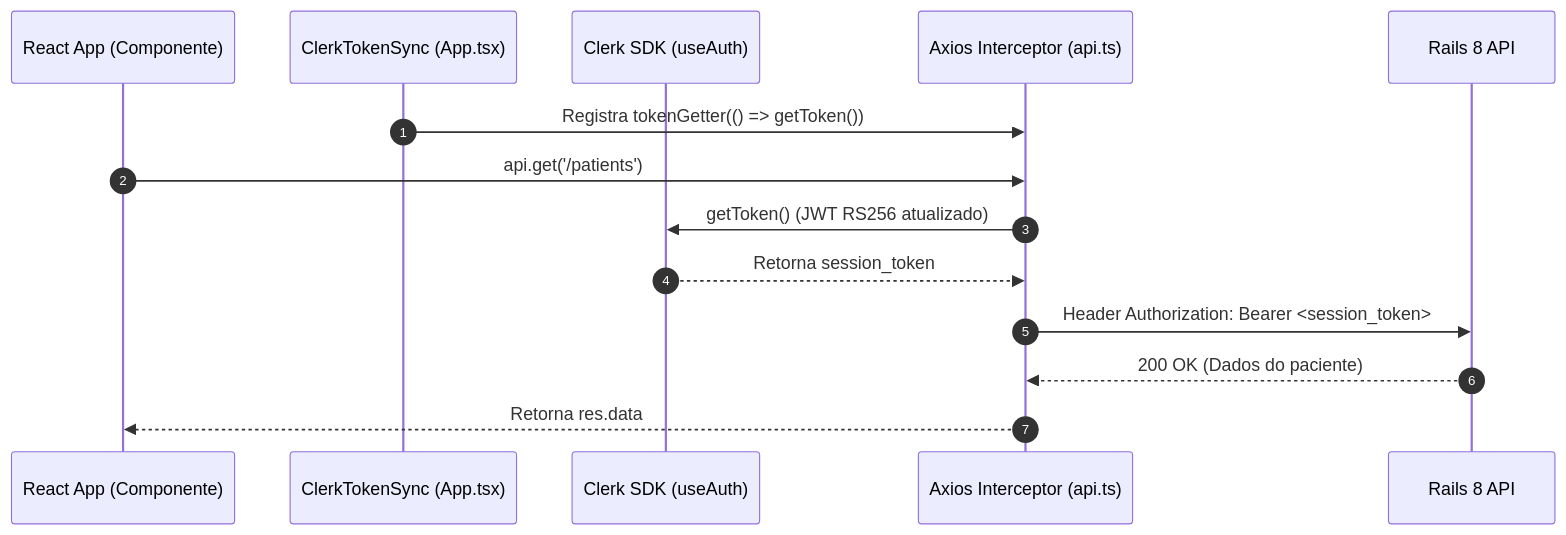
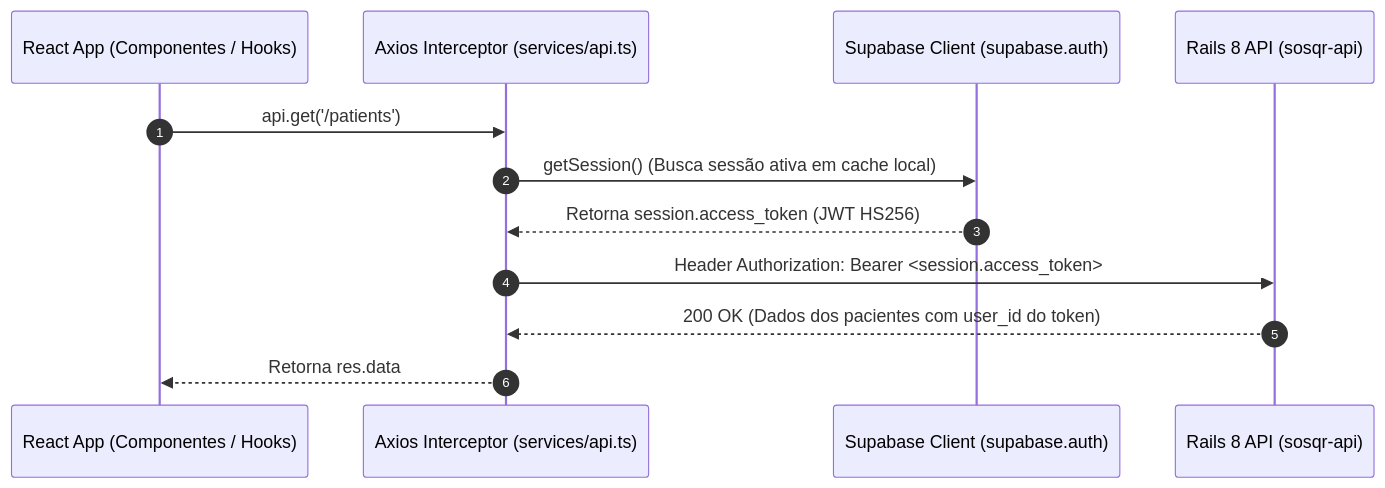
Before and after one commit to Giorkryer/sosqr: the second of 2 diagrams in frontend/sosqr-web/FRONTEND_SPEC.md, drawn with Mermaid. The commit also changed other lines of this file and 29 other files, not shown here.

Commit message:
feat(web): integra auth supabase, telas administrativas e suite de testes

````diff
--- a/frontend/sosqr-web/FRONTEND_SPEC.md
+++ b/frontend/sosqr-web/FRONTEND_SPEC.md
@@ -301,17 +313,15 @@
 ```mermaid
 sequenceDiagram
     autonumber
-    participant React as React App (Componente)
-    participant Sync as ClerkTokenSync (App.tsx)
-    participant Clerk as Clerk SDK (useAuth)
-    participant Axios as Axios Interceptor (api.ts)
-    participant Rails as Rails 8 API
+    participant React as React App (Componentes / Hooks)
+    participant Axios as Axios Interceptor (services/api.ts)
+    participant Supabase as Supabase Client (supabase.auth)
+    participant Rails as Rails 8 API (sosqr-api)
 
-    Sync->>Axios: Registra tokenGetter(() => getToken())
     React->>Axios: api.get('/patients')
-    Axios->>Clerk: getToken() (JWT RS256 atualizado)
-    Clerk-->>Axios: Retorna session_token
-    Axios->>Rails: Header Authorization: Bearer <session_token>
-    Rails-->>Axios: 200 OK (Dados do paciente)
+    Axios->>Supabase: getSession() (Busca sessão ativa em cache local)
+    Supabase-->>Axios: Retorna session.access_token (JWT HS256)
+    Axios->>Rails: Header Authorization: Bearer <session.access_token>
+    Rails-->>Axios: 200 OK (Dados dos pacientes com user_id do token)
     Axios-->>React: Retorna res.data
 ```
````
